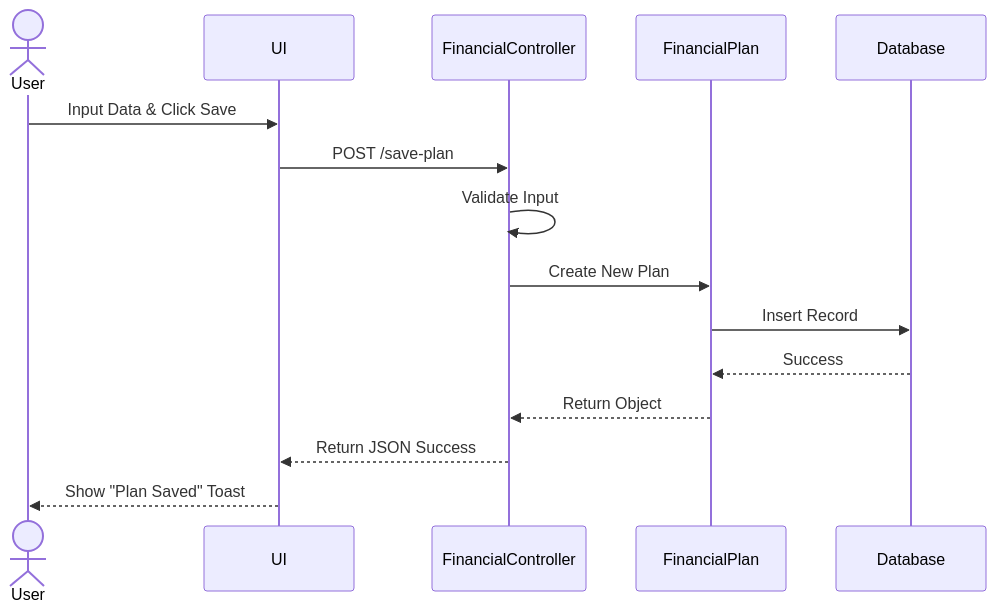
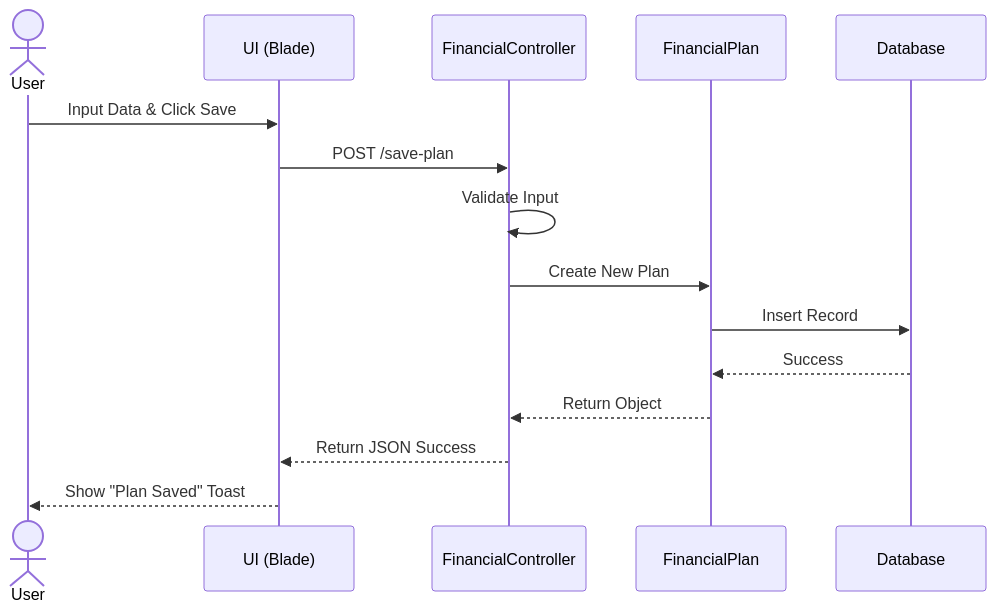
Before and after one commit to falcon-ioi/Caclcon: the third of 4 diagrams in README.md, drawn with Mermaid. The commit also changed other lines of this file, not shown here.

````diff
--- a/README.md
+++ b/README.md
@@ -120,18 +126,18 @@
 ```mermaid
 sequenceDiagram
     actor User
-    participant View as UI
+    participant View as UI (Blade)
     participant Controller as FinancialController
     participant Model as FinancialPlan
     participant DB as Database
 
     User->>View: Input Data & Click Save
     View->>Controller: POST /save-plan
     Controller->>Controller: Validate Input
     Controller->>Model: Create New Plan
     Model->>DB: Insert Record
     DB-->>Model: Success
     Model-->>Controller: Return Object
     Controller-->>View: Return JSON Success
     View-->>User: Show "Plan Saved" Toast
 ```
````
